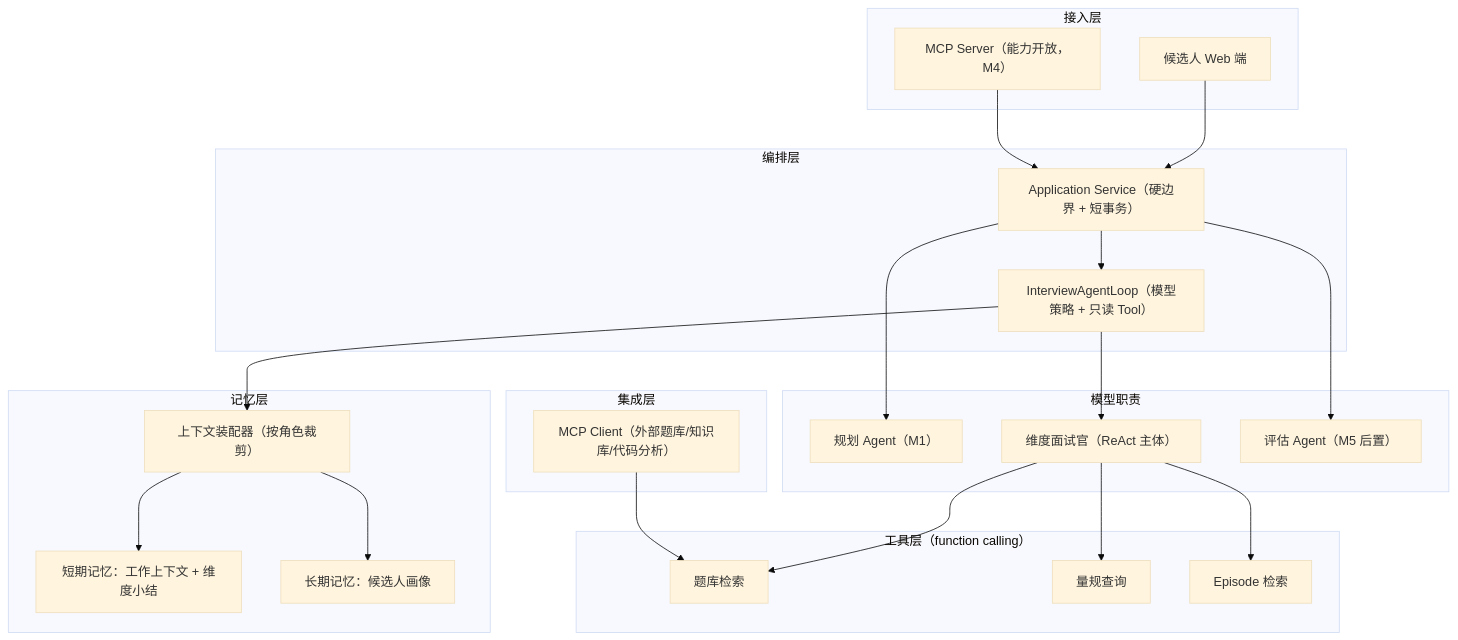
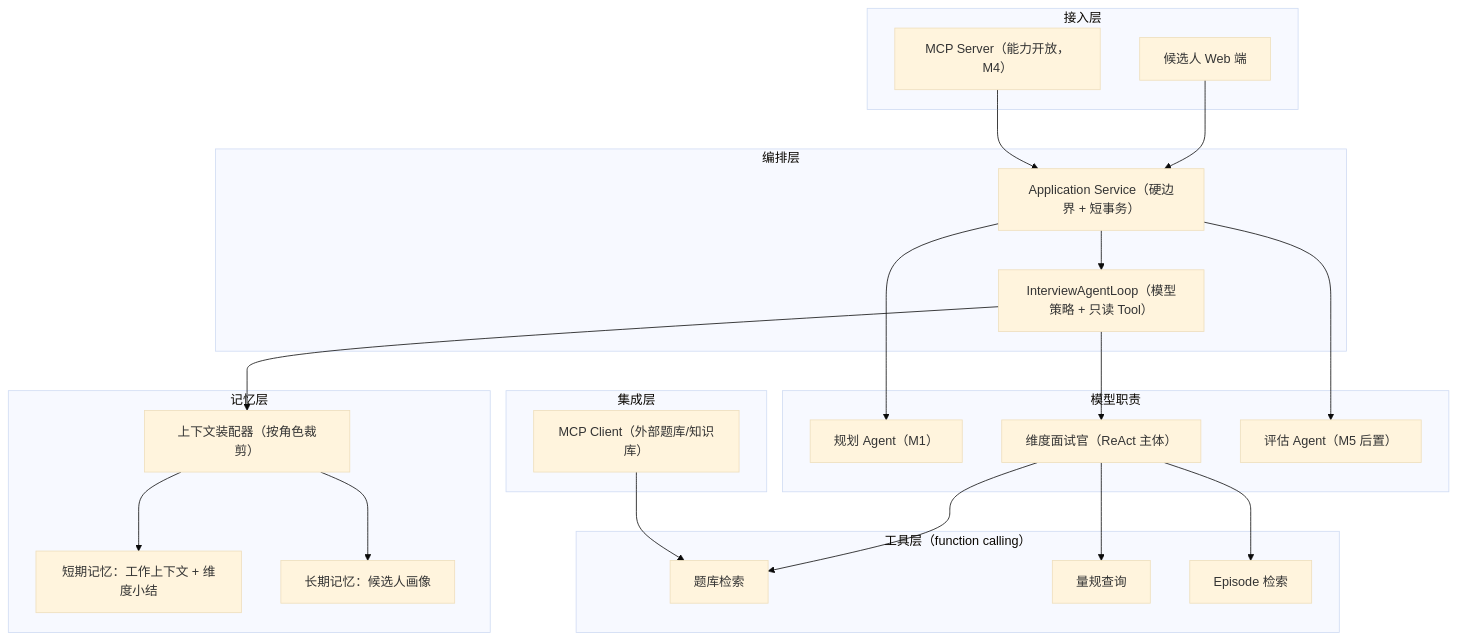
Before and after one commit to Belfast-byte/interview-guide-agent: the first of 2 diagrams in docs/design_spec/10-text-interview.md, drawn with Mermaid (base theme). The commit also changed other lines of this file and 211 other files, not shown here.

````diff
--- a/docs/design_spec/10-text-interview.md
+++ b/docs/design_spec/10-text-interview.md
@@ -32,48 +32,48 @@
 ```mermaid
 flowchart TB
     subgraph 接入层
         Web["候选人 Web 端"]
         MCPServer["MCP Server（能力开放，M4）"]
     end
 
     subgraph 编排层
         Orch["Application Service（硬边界 + 短事务）"]
         ReAct["InterviewAgentLoop（模型策略 + 只读 Tool）"]
     end
 
     subgraph 角色层["模型职责"]
         Planner["规划 Agent（M1）"]
         Interviewer["维度面试官（ReAct 主体）"]
         Assessor["评估 Agent（M5 后置）"]
     end
 
     subgraph 记忆层
         STM["短期记忆：工作上下文 + 维度小结"]
         LTM["长期记忆：候选人画像"]
         Assembler["上下文装配器（按角色裁剪）"]
     end
 
     subgraph 工具层["工具层（function calling）"]
         QBank["题库检索"]
         Rubric["量规查询"]
         Episode["Episode 检索"]
     end
 
     subgraph 集成层
-        MCPClient["MCP Client（外部题库/知识库/代码分析）"]
+        MCPClient["MCP Client（外部题库/知识库）"]
     end
 
     Web --> Orch
     MCPServer --> Orch
     Orch --> ReAct
     Orch --> Planner
     Orch --> Assessor
     ReAct --> Interviewer
     ReAct --> Assembler
     Assembler --> STM
     Assembler --> LTM
     Interviewer --> QBank
     Interviewer --> Rubric
     Interviewer --> Episode
     MCPClient --> QBank
 ```
````
